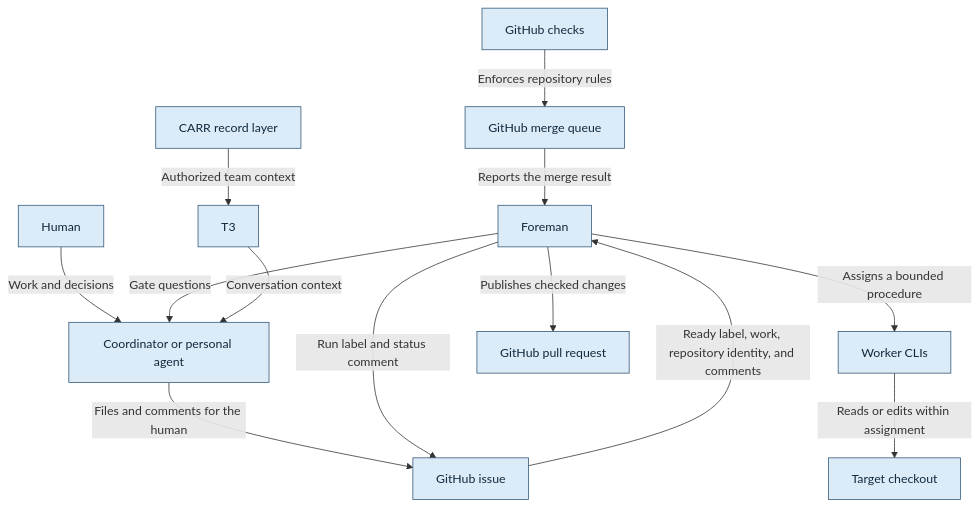
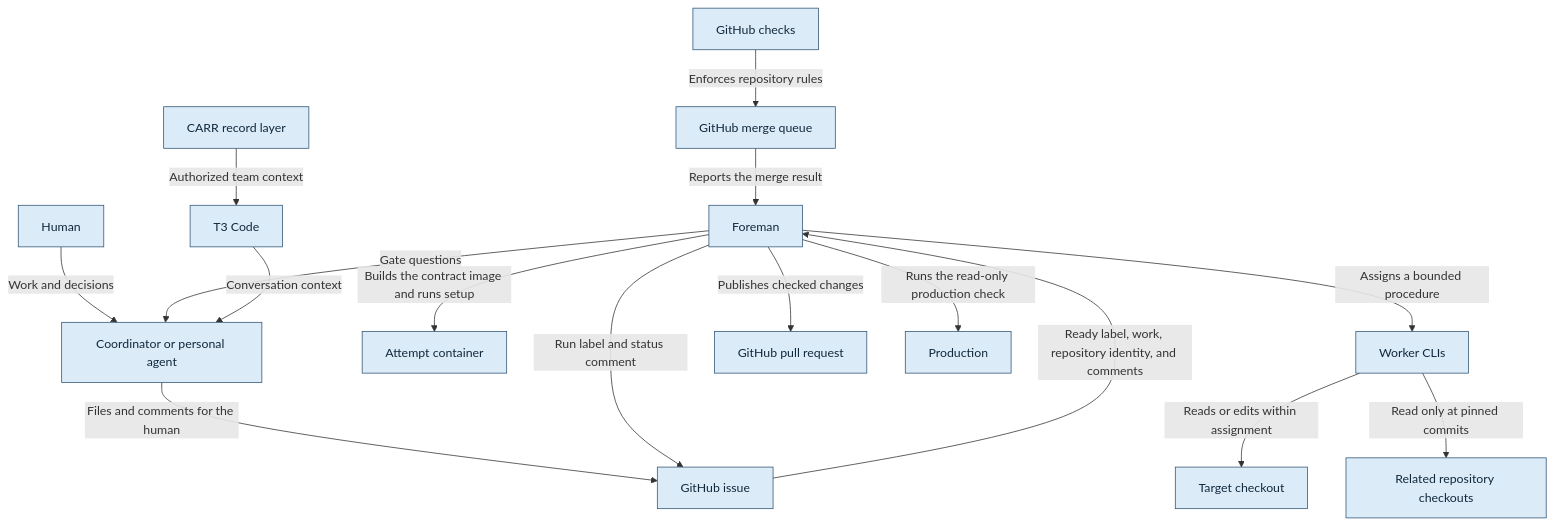
The diagram in docs/graph/blueprint/views/context.mmd (bookout-labs/tools), drawn with Mermaid before and after one commit. The commit also changed 49 other files, not shown here.

```diff
--- a/docs/graph/blueprint/views/context.mmd
+++ b/docs/graph/blueprint/views/context.mmd
@@ -1,29 +1,35 @@
 flowchart TD
     n0["GitHub checks"]:::stage
     n1["GitHub merge queue"]:::stage
     n2["Foreman"]:::stage
     n3["Human"]:::stage
     n4["Coordinator or personal agent"]:::stage
     n5["GitHub issue"]:::stage
     n6["CARR record layer"]:::stage
-    n7["T3"]:::stage
-    n8["Worker CLIs"]:::stage
-    n9["Target checkout"]:::stage
-    n10["GitHub pull request"]:::stage
+    n7["T3 Code"]:::stage
+    n8["Attempt container"]:::stage
+    n9["Worker CLIs"]:::stage
+    n10["Target checkout"]:::stage
+    n11["Related repository checkouts"]:::stage
+    n12["GitHub pull request"]:::stage
+    n13["Production"]:::stage
     n0 -->|"Enforces repository rules"| n1
     n1 -->|"Reports the merge result"| n2
     n3 -->|"Work and decisions"| n4
     n4 -->|"Files and comments for the human"| n5
     n2 -->|"Gate questions"| n4
     n5 -->|"Ready label, work, repository identity, and comments"| n2
     n2 -->|"Run label and status comment"| n5
     n6 -->|"Authorized team context"| n7
     n7 -->|"Conversation context"| n4
-    n2 -->|"Assigns a bounded procedure"| n8
-    n8 -->|"Reads or edits within assignment"| n9
-    n2 -->|"Publishes checked changes"| n10
+    n2 -->|"Builds the contract image and runs setup"| n8
+    n2 -->|"Assigns a bounded procedure"| n9
+    n9 -->|"Reads or edits within assignment"| n10
+    n9 -->|"Read only at pinned commits"| n11
+    n2 -->|"Publishes checked changes"| n12
+    n2 -->|"Runs the read-only production check"| n13
     classDef stage fill:#dcebf8,stroke:#315675,color:#10283b
     classDef step fill:#edf3f8,stroke:#597187,color:#132638
     classDef worker fill:#d7f0e8,stroke:#357369,color:#133c36
     classDef gate fill:#fff0c9,stroke:#89641f,color:#3f2b0b
     classDef terminal fill:#f0f0f0,stroke:#666666,color:#202020
```
